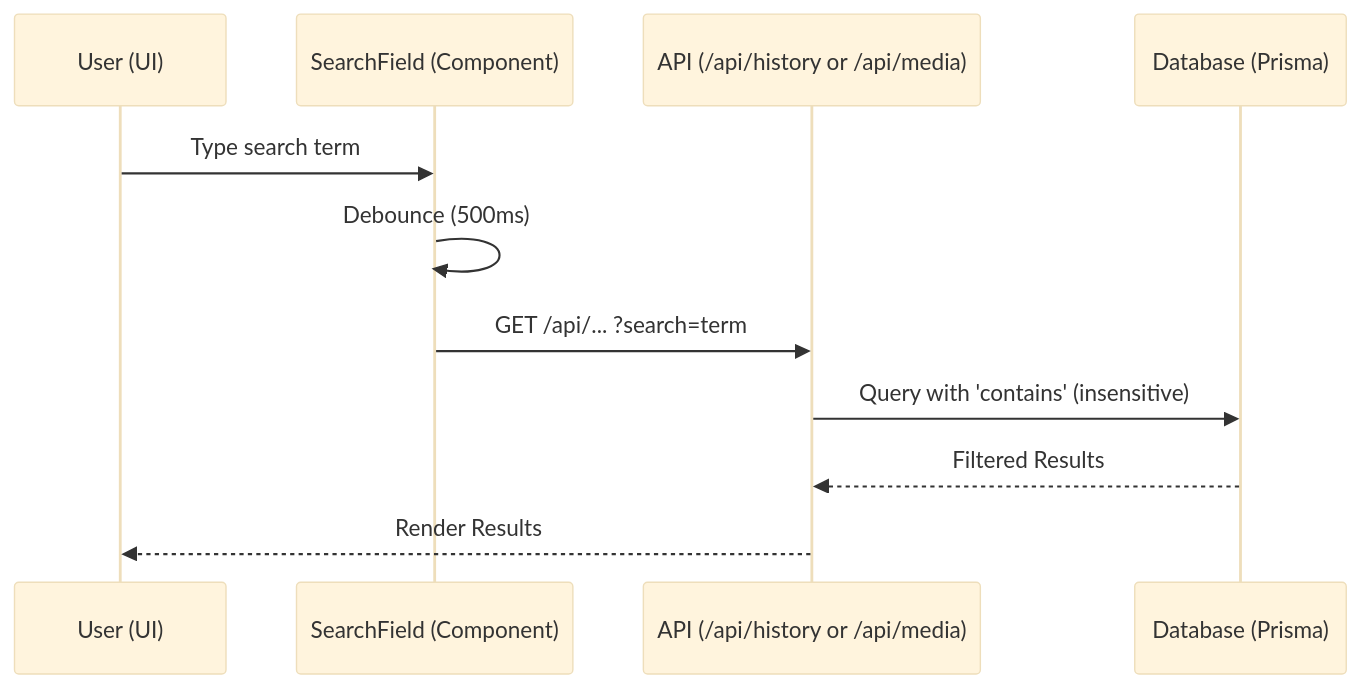
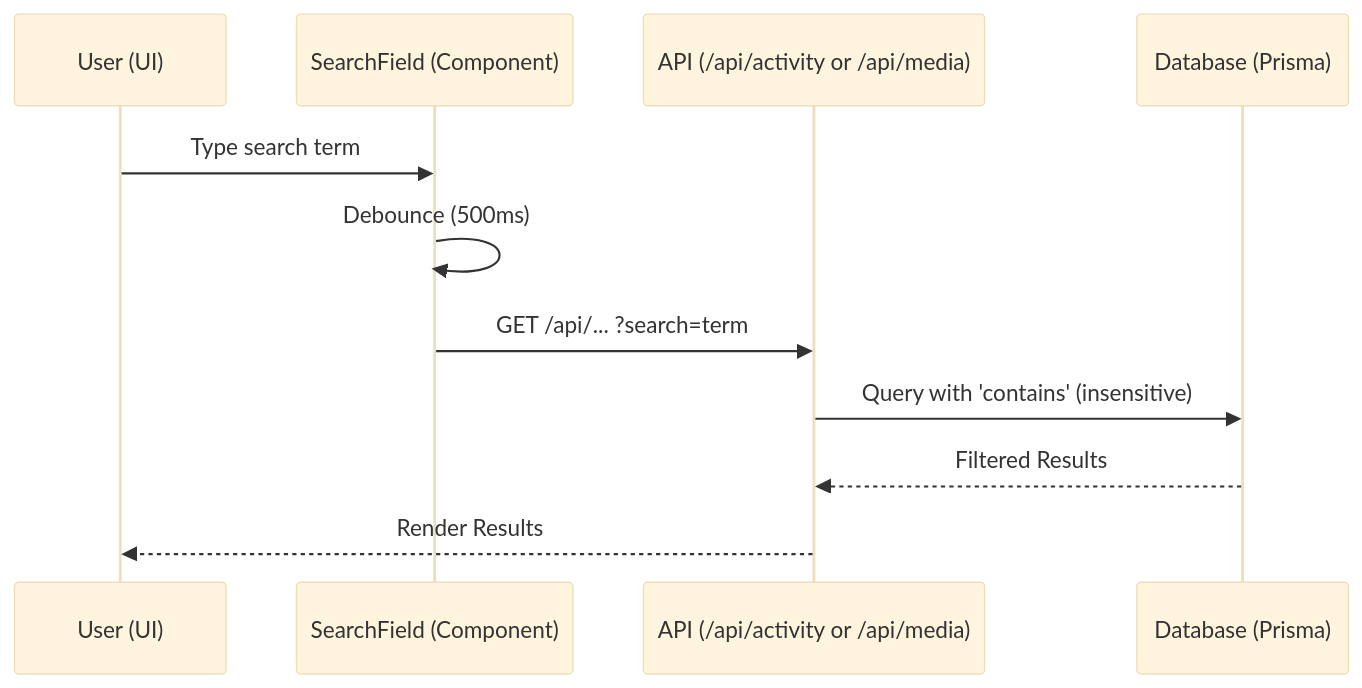
One commit to thoufeeque22/directly.social changed the sixth of 9 diagrams in docs/ARCHITECTURE.md. Above: the diagram before and after it, drawn with Mermaid (base theme). The commit also changed other lines of this file and 174 other files, not shown here.

First line of the commit message:
refactor: rename History domain to Activity Hub (#568)

````diff
--- a/docs/ARCHITECTURE.md
+++ b/docs/ARCHITECTURE.md
@@ -281,14 +281,14 @@
 ```mermaid
 sequenceDiagram
     participant U as User (UI)
     participant C as SearchField (Component)
-    participant API as API (/api/history or /api/media)
+    participant API as API (/api/activity or /api/media)
     participant DB as Database (Prisma)
 
     U->>C: Type search term
     C->>C: Debounce (500ms)
     C->>API: GET /api/... ?search=term
     API->>DB: Query with 'contains' (insensitive)
     DB-->>API: Filtered Results
     API-->>U: Render Results
 ```
````
